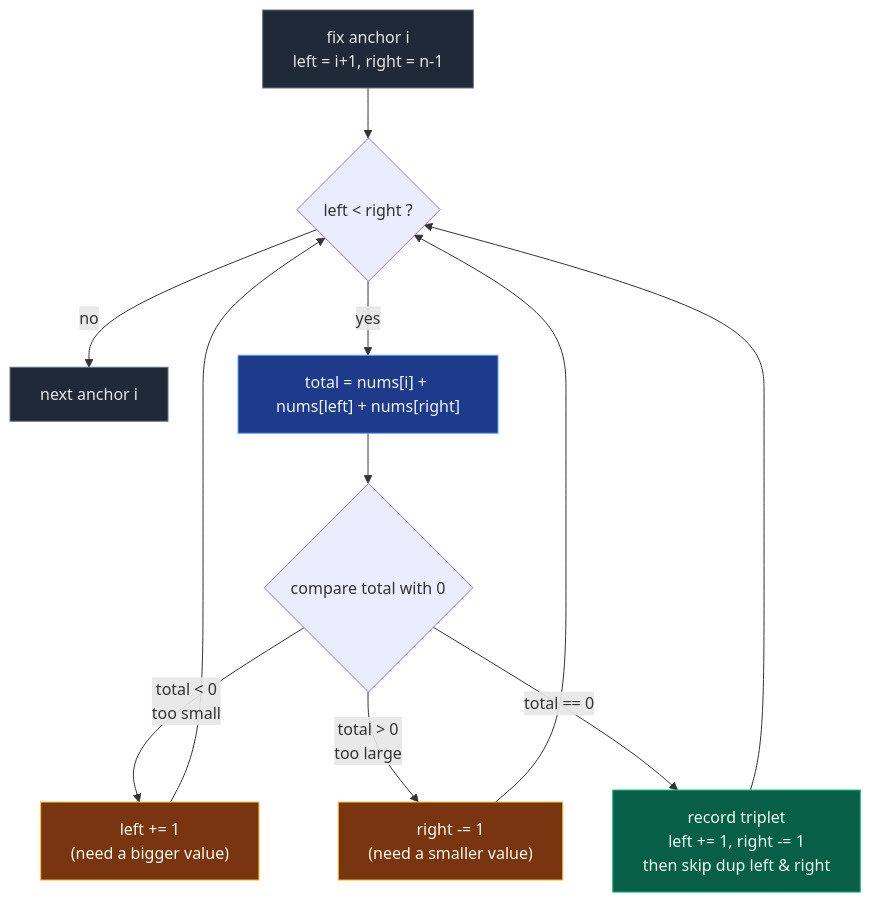
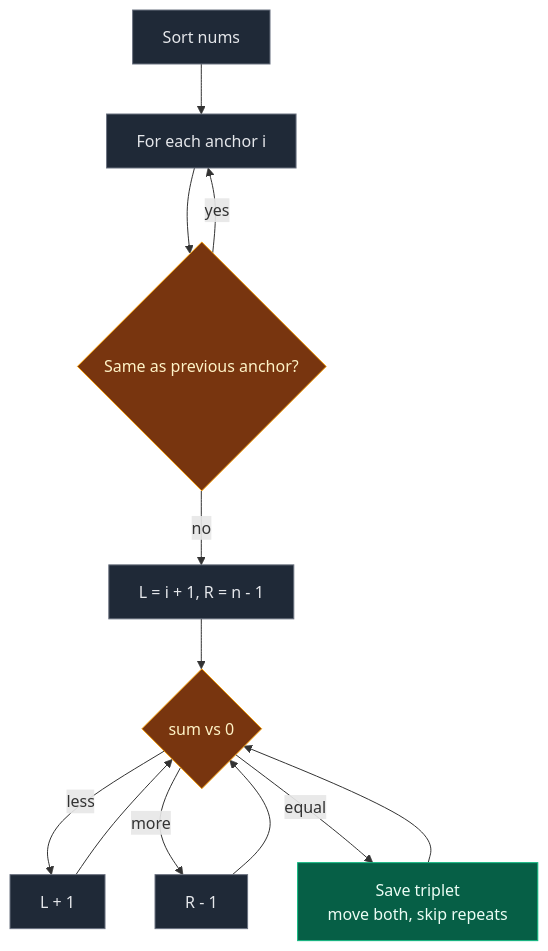
Before and after one commit to ajay-nikumbh/dsa-notes: the diagram in 01. Array/06. Sorting + Two Pointers/02. 15. 3Sum.md, drawn with Mermaid. The commit also changed other lines of this file and 85 other files, not shown here.

````diff
--- a/01. Array/06. Sorting + Two Pointers/02. 15. 3Sum.md
+++ b/01. Array/06. Sorting + Two Pointers/02. 15. 3Sum.md
@@ -78,18 +69,18 @@
 ```mermaid
 flowchart TD
-    F["fix anchor i<br/>left = i+1, right = n-1"]:::edge --> W{"left < right ?"}
-    W -- no --> NX["next anchor i"]:::edge
-    W -- yes --> T["total = nums[i] + nums[left] + nums[right]"]:::calc
-    T --> C{"compare total with 0"}
-    C -- "total < 0<br/>too small" --> L["left += 1<br/>(need a bigger value)"]:::move
-    C -- "total > 0<br/>too large" --> R["right -= 1<br/>(need a smaller value)"]:::move
-    C -- "total == 0" --> H["record triplet<br/>left += 1, right -= 1<br/>then skip dup left &amp; right"]:::hit
-    L --> W
-    R --> W
-    H --> W
+    A["Sort nums"]:::a --> B["For each anchor i"]:::a
+    B --> C{"Same as previous anchor?"}:::c
+    C -->|yes| B
+    C -->|no| D["L = i + 1, R = n - 1"]:::a
+    D --> E{"sum vs 0"}:::c
+    E -->|less| F["L + 1"]:::a
+    E -->|more| G["R - 1"]:::a
+    E -->|equal| H["Save triplet<br/>move both, skip repeats"]:::d
+    F --> E
+    G --> E
+    H --> E
 
-    classDef edge fill:#1f2937,stroke:#6b7280,color:#e5e7eb
-    classDef calc fill:#1e3a8a,stroke:#60a5fa,color:#eff6ff
-    classDef move fill:#78350f,stroke:#fbbf24,color:#fffbeb
-    classDef hit fill:#065f46,stroke:#10b981,color:#ecfdf5
+    classDef a fill:#1f2937,stroke:#6b7280,color:#e5e7eb
+    classDef c fill:#78350f,stroke:#f59e0b,color:#fef3c7
+    classDef d fill:#065f46,stroke:#10b981,color:#ecfdf5
 ```
````
